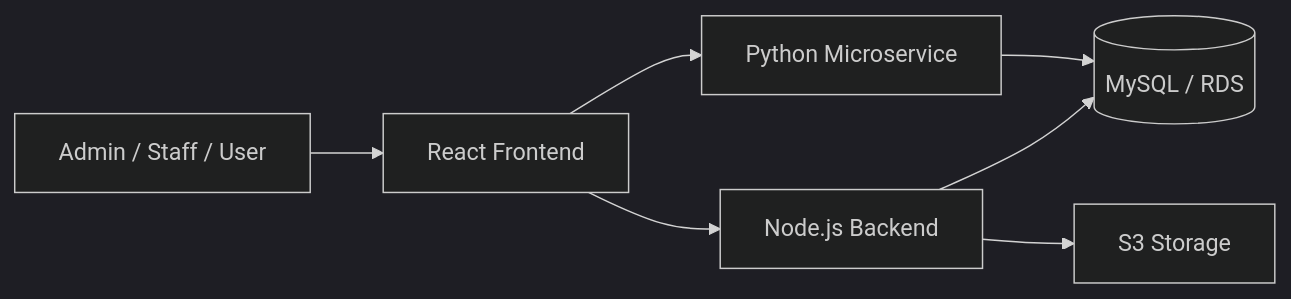
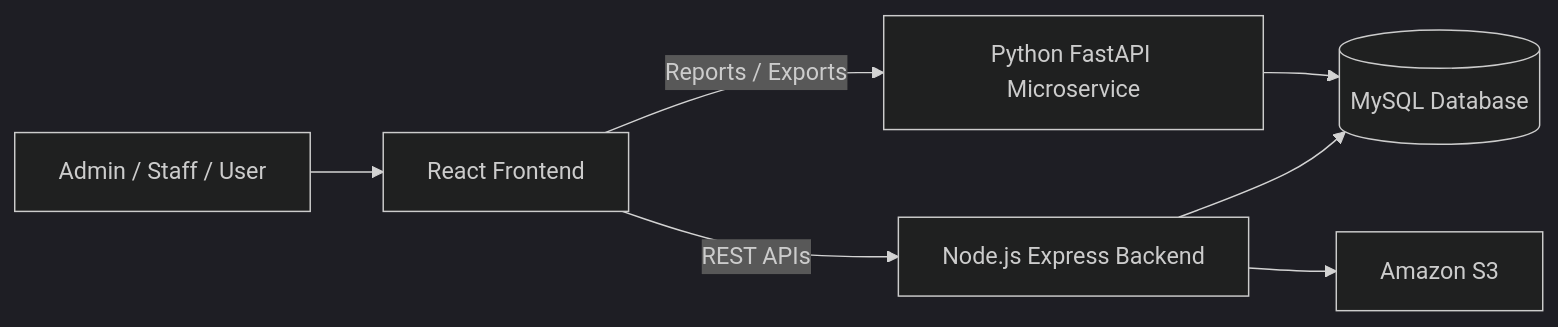
One commit to sbthakare/program changed the first of 3 diagrams in ppt.md. Above: the diagram before and after it, drawn with Mermaid (dark theme). The commit also changed other lines of this file, not shown here.

````diff
--- a/ppt.md
+++ b/ppt.md
@@ -39,16 +94,16 @@
 ```mermaid
 flowchart LR
     U[Admin / Staff / User]
     F[React Frontend]
-    B[Node.js Backend]
-    M[Python Microservice]
-    DB[(MySQL / RDS)]
-    S3[S3 Storage]
+    B[Node.js Express Backend]
+    M[Python FastAPI Microservice]
+    DB[(MySQL Database)]
+    S3[Amazon S3]
 
     U --> F
-    F --> B
-    F --> M
+    F -->|REST APIs| B
+    F -->|Reports / Exports| M
     B --> DB
     M --> DB
     B --> S3
 ```
````
